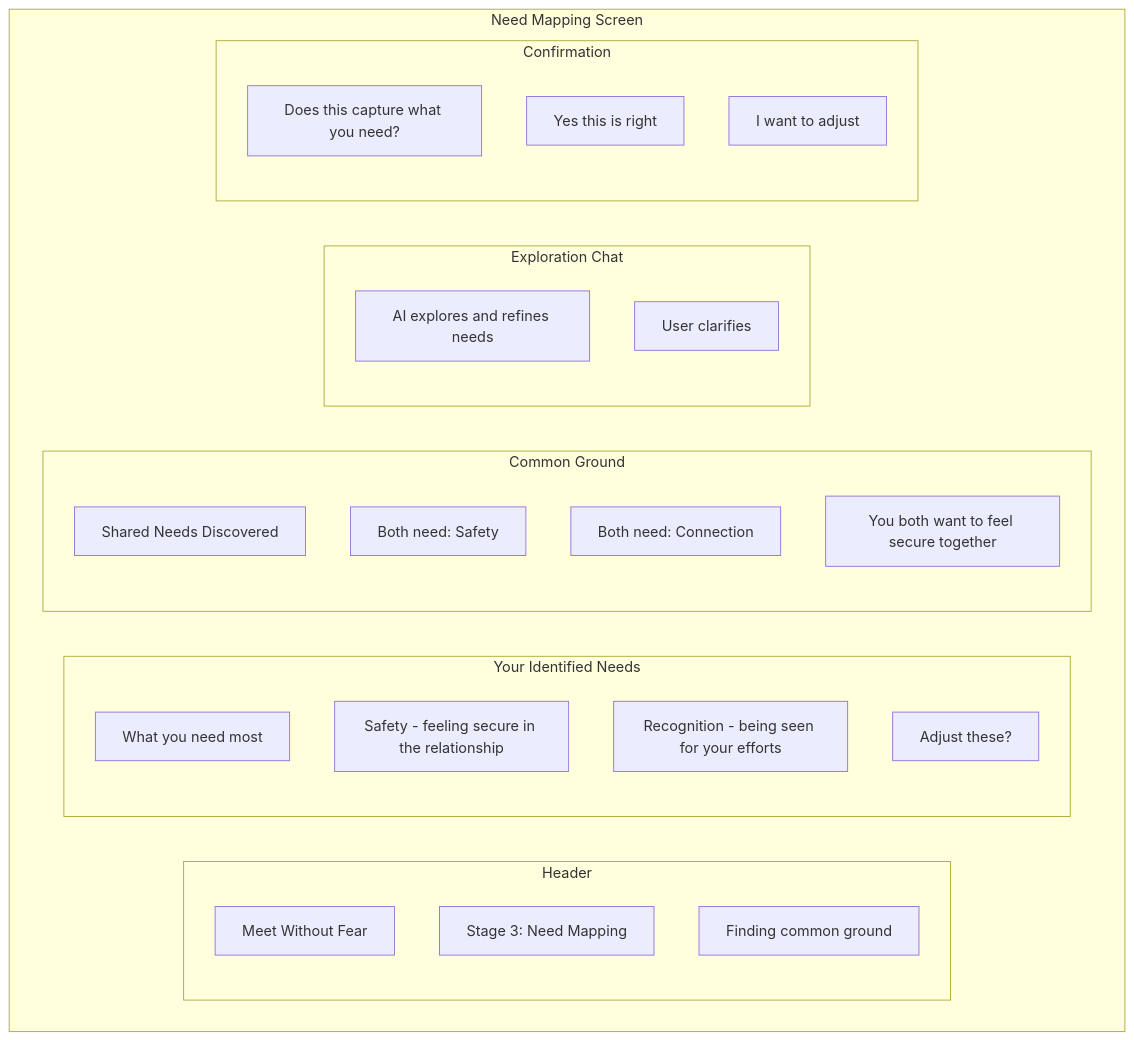
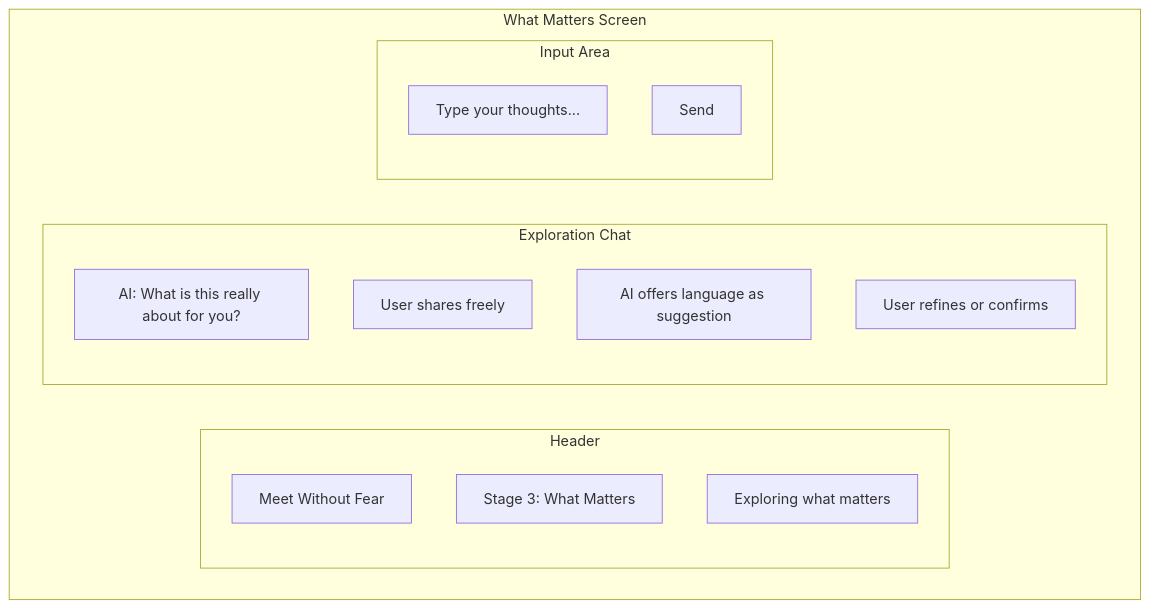
The second of 2 diagrams in docs/product/stages/stage-3-need-mapping.md (shantamg/meet-without-fear), drawn with Mermaid before and after one commit. The commit also changed other lines of this file and 21 other files, not shown here.

First line of the commit message:
docs: align stage docs with Darryl's authoritative gold flow

````diff
--- a/docs/product/stages/stage-3-need-mapping.md
+++ b/docs/product/stages/stage-3-need-mapping.md
@@ -117,35 +109,22 @@
 ```mermaid
 flowchart TB
-    subgraph Screen[Need Mapping Screen]
+    subgraph Screen[What Matters Screen]
         subgraph Header[Header]
             Logo[Meet Without Fear]
-            Stage[Stage 3: Need Mapping]
-            Status[Finding common ground]
-        end
-
-        subgraph YourNeeds[Your Identified Needs]
-            Title1[What you need most]
-            Need1[Safety - feeling secure in the relationship]
-            Need2[Recognition - being seen for your efforts]
-            Edit[Adjust these?]
-        end
-
-        subgraph CommonGround[Common Ground]
-            Title2[Shared Needs Discovered]
-            Shared1[Both need: Safety]
-            Shared2[Both need: Connection]
-            Insight[You both want to feel secure together]
+            Stage[Stage 3: What Matters]
+            Status[Exploring what matters]
         end
 
         subgraph Chat[Exploration Chat]
-            AI1[AI explores and refines needs]
-            User1[User clarifies]
+            AI1[AI: What is this really about for you?]
+            User1[User shares freely]
+            AI2[AI offers language as suggestion]
+            User2[User refines or confirms]
         end
 
-        subgraph Confirm[Confirmation]
-            Question[Does this capture what you need?]
-            Yes[Yes this is right]
-            Adjust[I want to adjust]
+        subgraph Input[Input Area]
+            TextBox[Type your thoughts...]
+            Send[Send]
         end
     end
 ```
````
